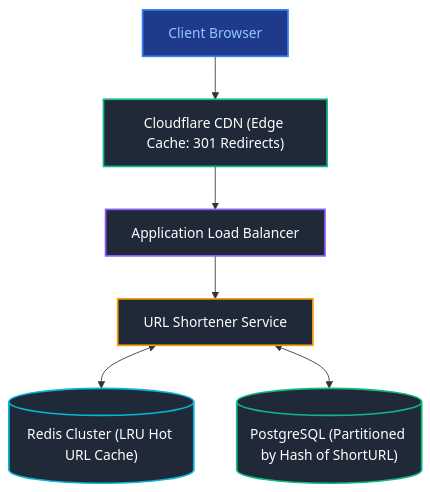
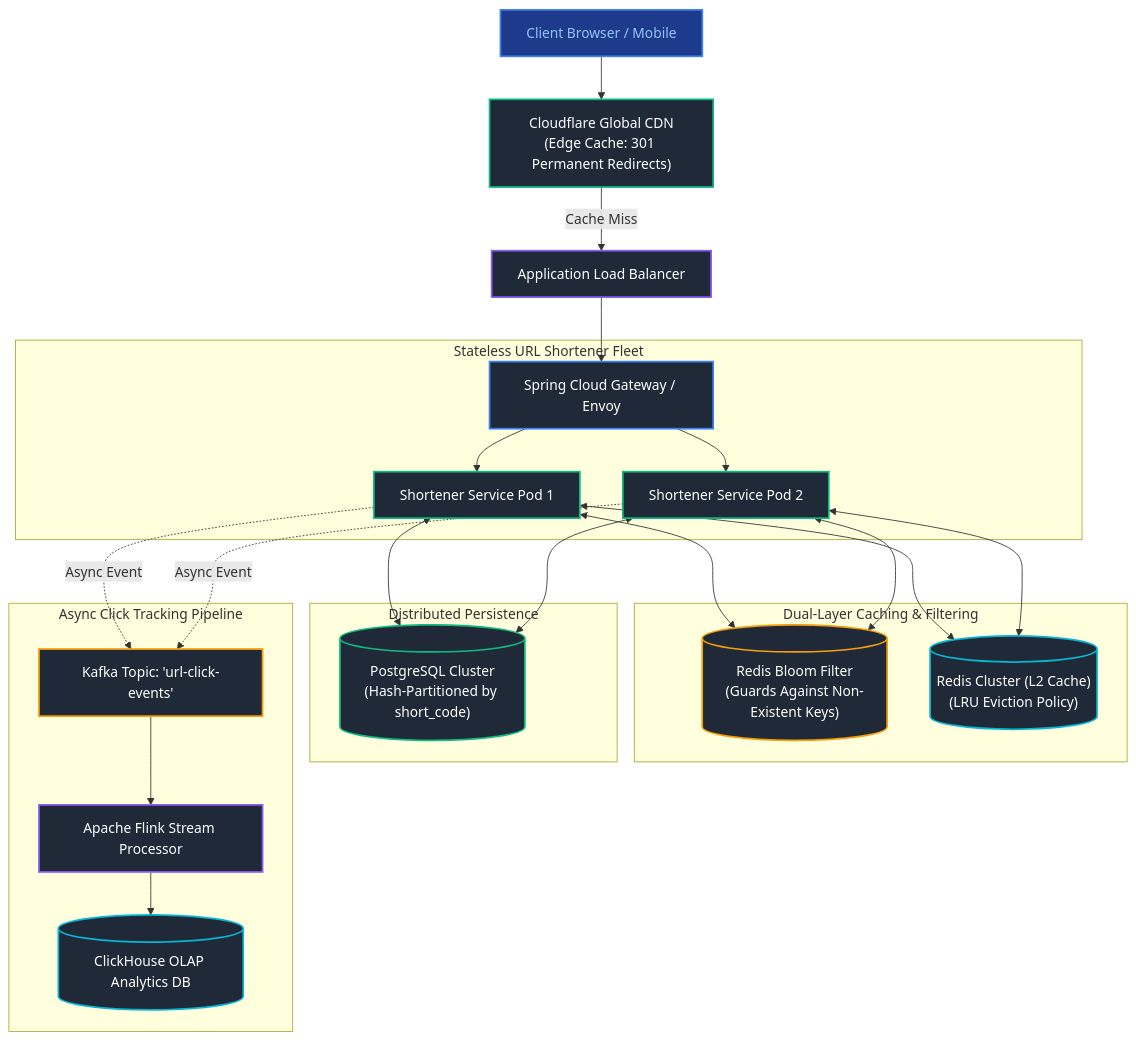
Before and after one commit to joydeep-biswas/Interview-Preparation: diagram 20 of 22 in Java Backend Engineering/13_microservices_distributed_systems_system_design.md, drawn with Mermaid. The commit also changed other lines of this file and 143 other files, not shown here.

````diff
--- a/Java Backend Engineering/13_microservices_distributed_systems_system_design.md
+++ b/Java Backend Engineering/13_microservices_distributed_systems_system_design.md
@@ -1101,15 +1458,39 @@
 ```mermaid
 flowchart TD
-    Client["Client Browser"] --> Cloudflare["Cloudflare CDN (Edge Cache: 301 Redirects)"]
-    Cloudflare --> ALB["Application Load Balancer"]
-    ALB --> ShortenerApp["URL Shortener Service"]
-    ShortenerApp <--> RedisCluster[("Redis Cluster (LRU Hot URL Cache)")]
-    ShortenerApp <--> PostgreSQL[("PostgreSQL (Partitioned by Hash of ShortURL)")]
+    Client["Client Browser / Mobile"] --> CDN["Cloudflare Global CDN<br/>(Edge Cache: 301 Permanent Redirects)"]
+    CDN -->|Cache Miss| ALB["Application Load Balancer"]
+    ALB --> Gateway["Spring Cloud Gateway / Envoy"]
+    
+    subgraph AppCluster["Stateless URL Shortener Fleet"]
+        Gateway --> Svc1["Shortener Service Pod 1"]
+        Gateway --> Svc2["Shortener Service Pod 2"]
+    end
+
+    subgraph CacheTier["Dual-Layer Caching & Filtering"]
+        Svc1 & Svc2 <--> BloomFilter[("Redis Bloom Filter<br/>(Guards Against Non-Existent Keys)")]
+        Svc1 & Svc2 <--> RedisCluster[("Redis Cluster (L2 Cache)<br/>(LRU Eviction Policy)")]
+    end
+
+    subgraph StorageTier["Distributed Persistence"]
+        Svc1 & Svc2 <--> DBCluster[("PostgreSQL Cluster<br/>(Hash-Partitioned by short_code)")]
+    end
+
+    subgraph AnalyticsAsync["Async Click Tracking Pipeline"]
+        Svc1 & Svc2 -.->|Async Event| Kafka["Kafka Topic: 'url-click-events'"]
+        Kafka --> Flink["Apache Flink Stream Processor"]
+        Flink --> ClickHouse[("ClickHouse OLAP Analytics DB")]
+    end
 
     style Client fill:#1e3a8a,stroke:#3b82f6,stroke-width:2px,color:#93c5fd
-    style Cloudflare fill:#1f2937,stroke:#10b981,stroke-width:2px,color:#fff
+    style CDN fill:#1f2937,stroke:#10b981,stroke-width:2px,color:#fff
     style ALB fill:#1f2937,stroke:#8b5cf6,stroke-width:2px,color:#fff
-    style ShortenerApp fill:#1f2937,stroke:#f59e0b,stroke-width:2px,color:#fff
+    style Gateway fill:#1f2937,stroke:#3b82f6,stroke-width:2px,color:#fff
+    style Svc1 fill:#1f2937,stroke:#10b981,stroke-width:2px,color:#fff
+    style Svc2 fill:#1f2937,stroke:#10b981,stroke-width:2px,color:#fff
+    style BloomFilter fill:#1f2937,stroke:#f59e0b,stroke-width:2px,color:#fff
     style RedisCluster fill:#1f2937,stroke:#06b6d4,stroke-width:2px,color:#fff
-    style PostgreSQL fill:#1f2937,stroke:#10b981,stroke-width:2px,color:#fff
+    style DBCluster fill:#1f2937,stroke:#10b981,stroke-width:2px,color:#fff
+    style Kafka fill:#1f2937,stroke:#f59e0b,stroke-width:2px,color:#fff
+    style Flink fill:#1f2937,stroke:#8b5cf6,stroke-width:2px,color:#fff
+    style ClickHouse fill:#1f2937,stroke:#06b6d4,stroke-width:2px,color:#fff
 ```
````
